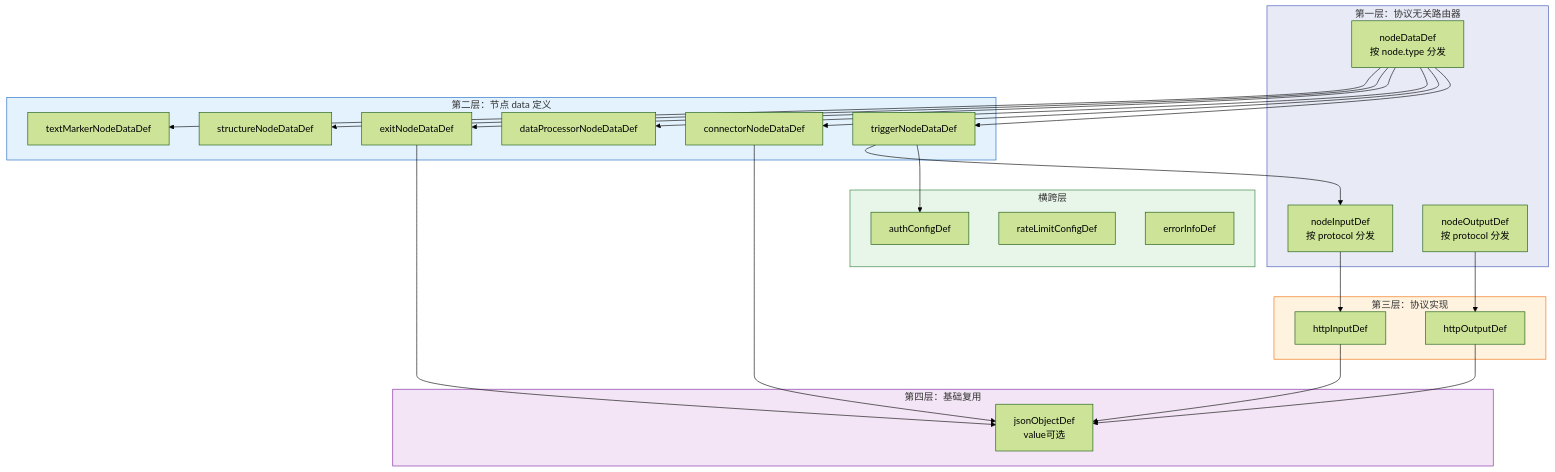
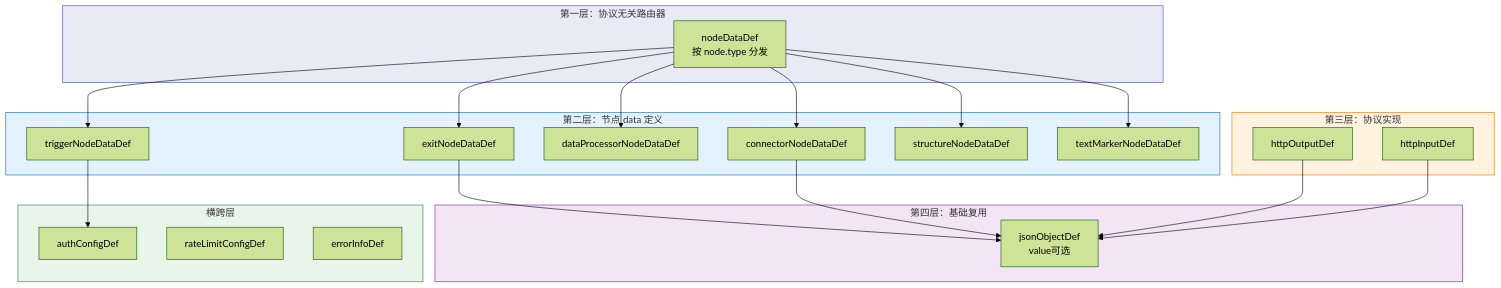
The first of 4 diagrams in .sddu/specs-tree-root/specs-tree-connector-platform-v2/plan-json-schema.md (THZSummer/open-app), drawn with Mermaid (forest theme) before and after one commit. The commit also changed other lines of this file, not shown here.

First line of the commit message:
fix: 删除nodeInputDef/nodeOutputDef+修复附录格式

````diff
--- a/.sddu/specs-tree-root/specs-tree-connector-platform-v2/plan-json-schema.md
+++ b/.sddu/specs-tree-root/specs-tree-connector-platform-v2/plan-json-schema.md
@@ -421,53 +424,48 @@
 ```mermaid
 graph TB
     subgraph L1["第一层：协议无关路由器"]
         ND["nodeDataDef<br/>按 node.type 分发"]
-        NI["nodeInputDef<br/>按 protocol 分发"]
-        NO["nodeOutputDef<br/>按 protocol 分发"]
     end
 
     subgraph L2["第二层：节点 data 定义"]
         TD["triggerNodeDataDef"]
         CD["connectorNodeDataDef"]
         DD["dataProcessorNodeDataDef"]
         ED["exitNodeDataDef"]
         SD["structureNodeDataDef"]
         MD["textMarkerNodeDataDef"]
     end
 
     subgraph L3["第三层：协议实现"]
         HI["httpInputDef"]
         HO["httpOutputDef"]
     end
 
     subgraph L4["第四层：基础复用"]
         JS["jsonObjectDef<br/>value可选"]
     end
 
     subgraph LX["横跨层"]
         AU["authConfigDef"]
         RL["rateLimitConfigDef"]
         ER["errorInfoDef"]
     end
 
     ND --> TD
     ND --> CD
     ND --> DD
     ND --> ED
     ND --> SD
     ND --> MD
-    NI --> HI
-    NO --> HO
     HI --> JS
     HO --> JS
     CD --> JS
     ED --> JS
     TD --> AU
-    TD --> NI
 
     style L1 fill:#e8eaf6,stroke:#3f51b5
     style L2 fill:#e3f2fd,stroke:#1565c0
     style L3 fill:#fff3e0,stroke:#ef6c00
     style L4 fill:#f3e5f5,stroke:#7b1fa2
     style LX fill:#e8f5e9,stroke:#2e7d32
 ```
````
